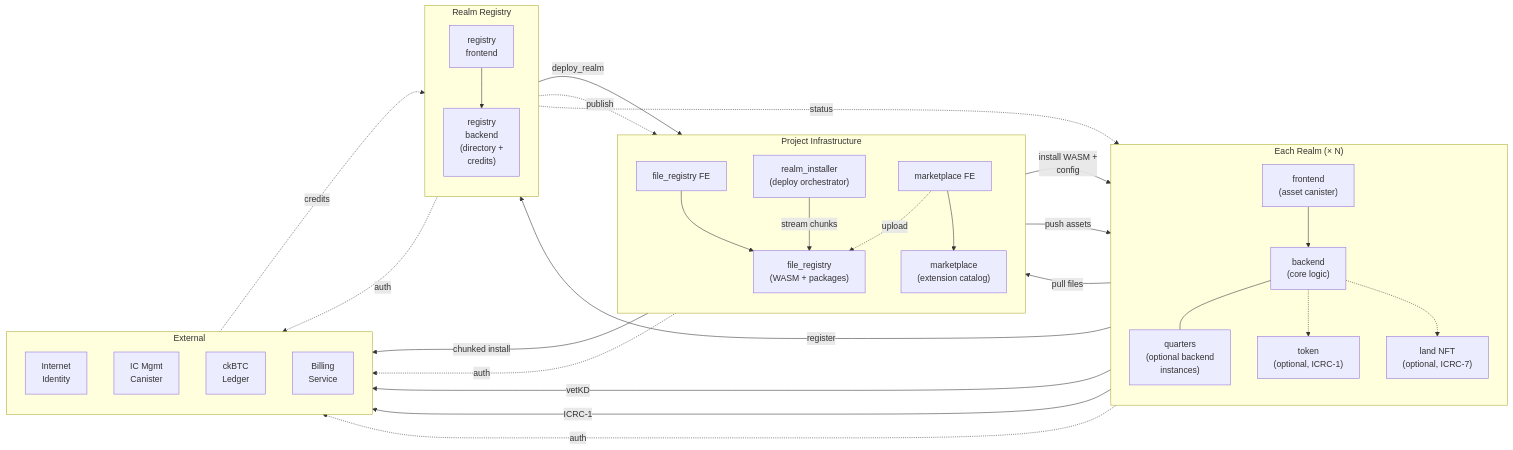
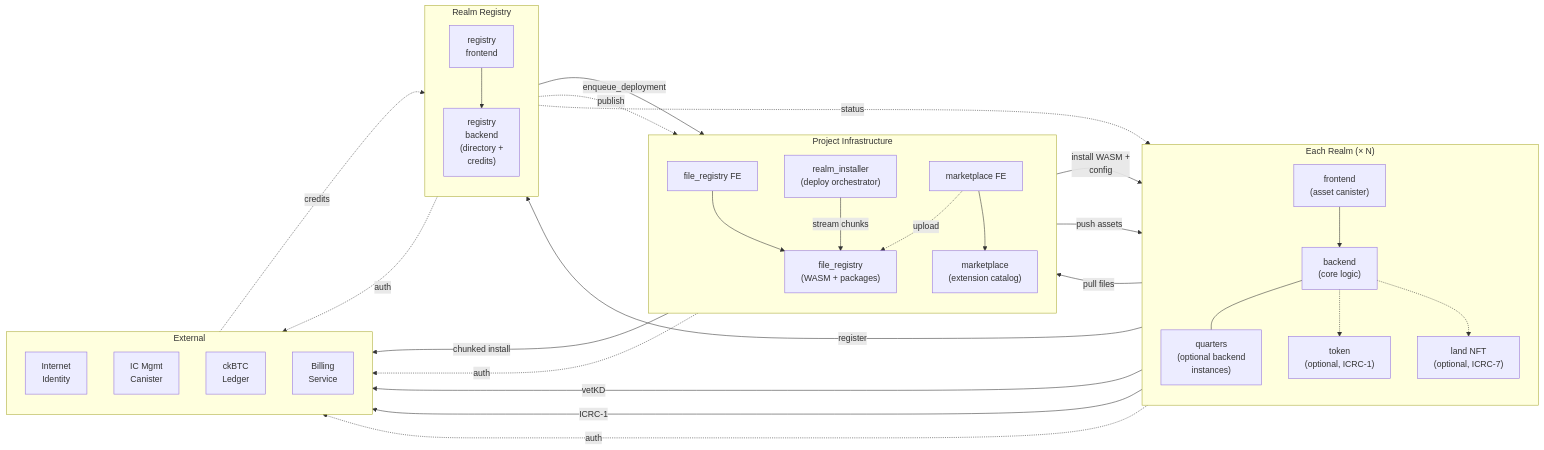
The diagram in docs/reference/TECHNICAL_INTRO.md (smart-social-contracts/realms), drawn with Mermaid before and after one commit. The commit also changed 42 other files, not shown here.

First line of the commit message:
feat: queue-based deployment architecture (Issue #205)

````diff
--- a/docs/reference/TECHNICAL_INTRO.md
+++ b/docs/reference/TECHNICAL_INTRO.md
@@ -18,65 +18,65 @@
 ```mermaid
 flowchart LR
     subgraph realms["Each Realm (× N)"]
         direction TB
         FE["frontend\n(asset canister)"]
         BE["backend\n(core logic)"]
         Q["quarters\n(optional backend\ninstances)"]
         TOK["token\n(optional, ICRC-1)"]
         NFT["land NFT\n(optional, ICRC-7)"]
         FE --> BE
         BE --- Q
         BE -.-> TOK
         BE -.-> NFT
     end
 
     subgraph registry["Realm Registry"]
         direction TB
         RRF["registry\nfrontend"]
         RRB["registry\nbackend\n(directory +\ncredits)"]
         RRF --> RRB
     end
 
     subgraph infra["Project Infrastructure"]
         direction TB
         FR["file_registry\n(WASM + packages)"]
         RI["realm_installer\n(deploy orchestrator)"]
         MP["marketplace\n(extension catalog)"]
         FRF["file_registry FE"]
         MF["marketplace FE"]
         FRF --> FR
         MF --> MP
     end
 
     subgraph external["External"]
         direction TB
         II["Internet\nIdentity"]
         MGMT["IC Mgmt\nCanister"]
         CKBTC["ckBTC\nLedger"]
         BILLING["Billing\nService"]
     end
 
     %% Realm ↔ Registry
     BE -->|"register"| RRB
     RRF -.->|"status"| BE
 
     %% Installer flow
     RI -->|"install WASM +\nconfig"| BE
     RI -->|"stream chunks"| FR
     RI -->|"chunked install"| MGMT
-    RRF -->|"deploy_realm"| RI
+    RRF -->|"enqueue_deployment"| RI
     RI -->|"push assets"| FE
 
     %% File registry usage
     BE -->|"pull files"| FR
     MF -.->|"upload"| FR
     RRF -.->|"publish"| FR
 
     %% External
     BE -->|"vetKD"| MGMT
     BE -->|"ICRC-1"| CKBTC
     FE -.->|"auth"| II
     RRF -.->|"auth"| II
     MF -.->|"auth"| II
     BILLING -.->|"credits"| RRB
 ```
````
